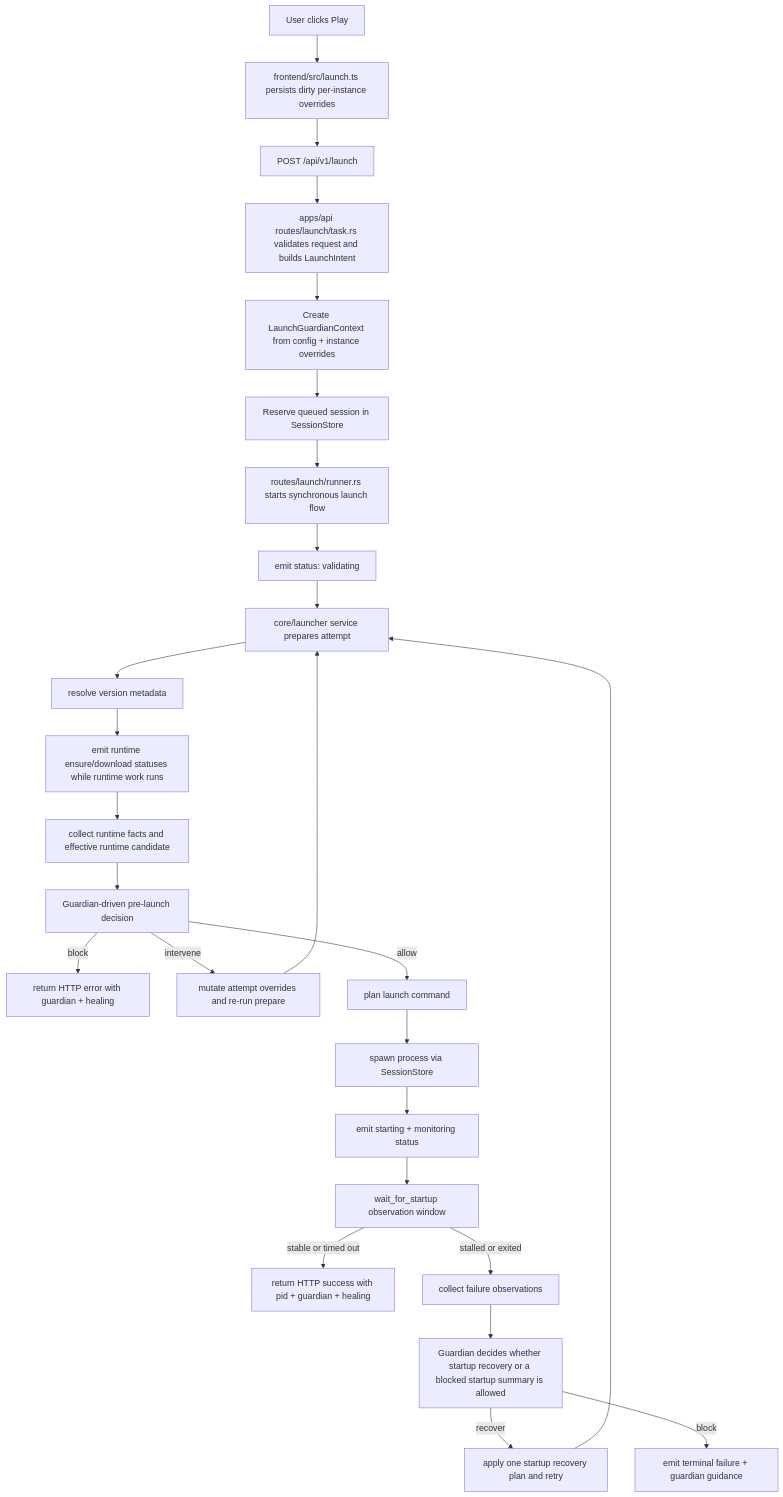
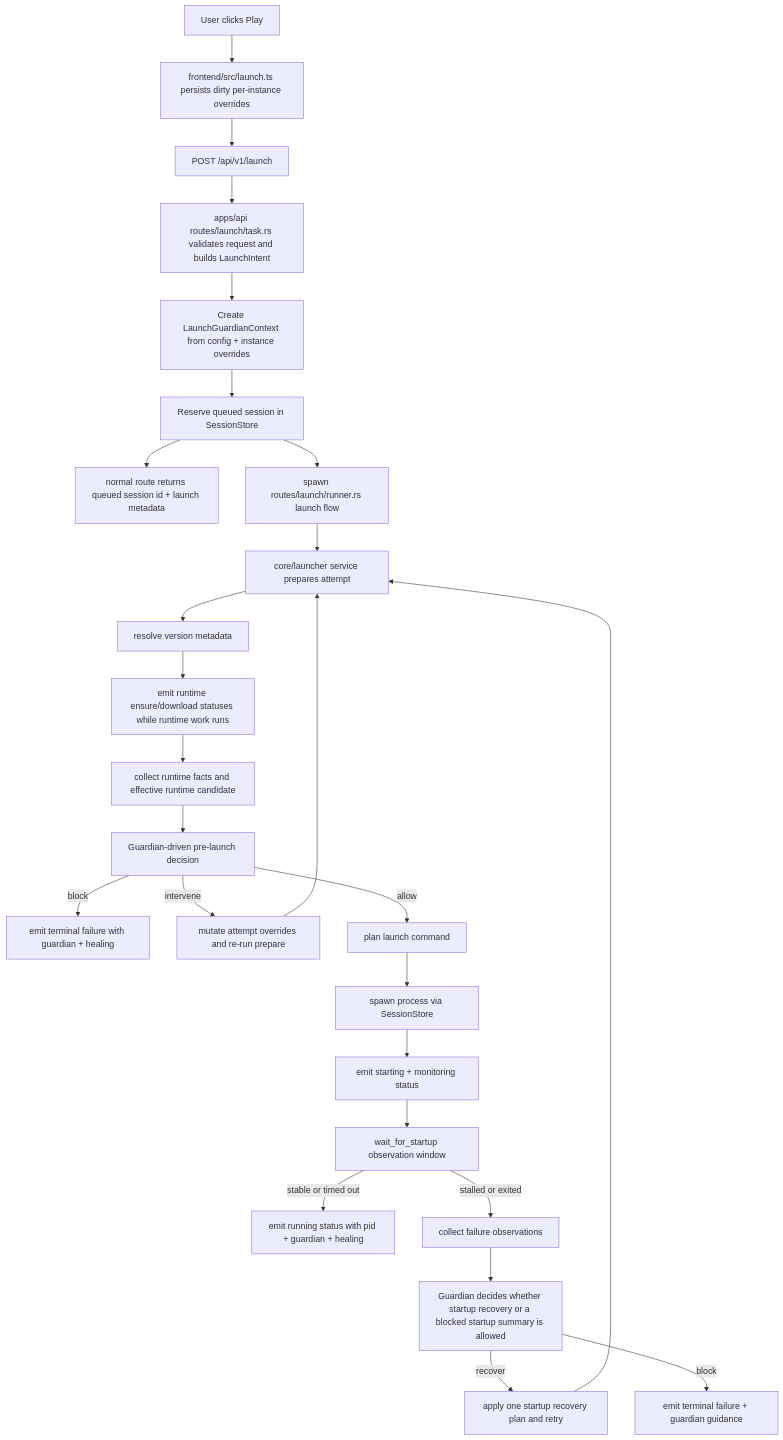
The second of 9 diagrams in docs/ARCHITECTURE.md (mateoltd/croopor), drawn with Mermaid before and after one commit. The commit also changed other lines of this file and 3 other files, not shown here.

Commit message:
fix(launch): return queued sessions immediately

````diff
--- a/docs/ARCHITECTURE.md
+++ b/docs/ARCHITECTURE.md
@@ -74,28 +74,28 @@
 ```mermaid
 flowchart TD
     A[User clicks Play] --> B[frontend/src/launch.ts persists dirty per-instance overrides]
     B --> C[POST /api/v1/launch]
     C --> D[apps/api routes/launch/task.rs validates request and builds LaunchIntent]
     D --> E[Create LaunchGuardianContext from config + instance overrides]
     E --> F[Reserve queued session in SessionStore]
-    F --> G[routes/launch/runner.rs starts synchronous launch flow]
-    G --> H[emit status: validating]
+    F --> G[normal route returns queued session id + launch metadata]
+    F --> H[spawn routes/launch/runner.rs launch flow]
     H --> I[core/launcher service prepares attempt]
     I --> J[resolve version metadata]
     J --> K[emit runtime ensure/download statuses while runtime work runs]
     K --> L[collect runtime facts and effective runtime candidate]
     L --> M[Guardian-driven pre-launch decision]
-    M -->|block| N[return HTTP error with guardian + healing]
+    M -->|block| N[emit terminal failure with guardian + healing]
     M -->|intervene| O[mutate attempt overrides and re-run prepare]
     M -->|allow| P[plan launch command]
     O --> I
     P --> Q[spawn process via SessionStore]
     Q --> R[emit starting + monitoring status]
     R --> S[wait_for_startup observation window]
-    S -->|stable or timed out| T[return HTTP success with pid + guardian + healing]
+    S -->|stable or timed out| T[emit running status with pid + guardian + healing]
     S -->|stalled or exited| U[collect failure observations]
     U --> V[Guardian decides whether startup recovery or a blocked startup summary is allowed]
     V -->|recover| W[apply one startup recovery plan and retry]
     V -->|block| X[emit terminal failure + guardian guidance]
     W --> I
 ```
````
